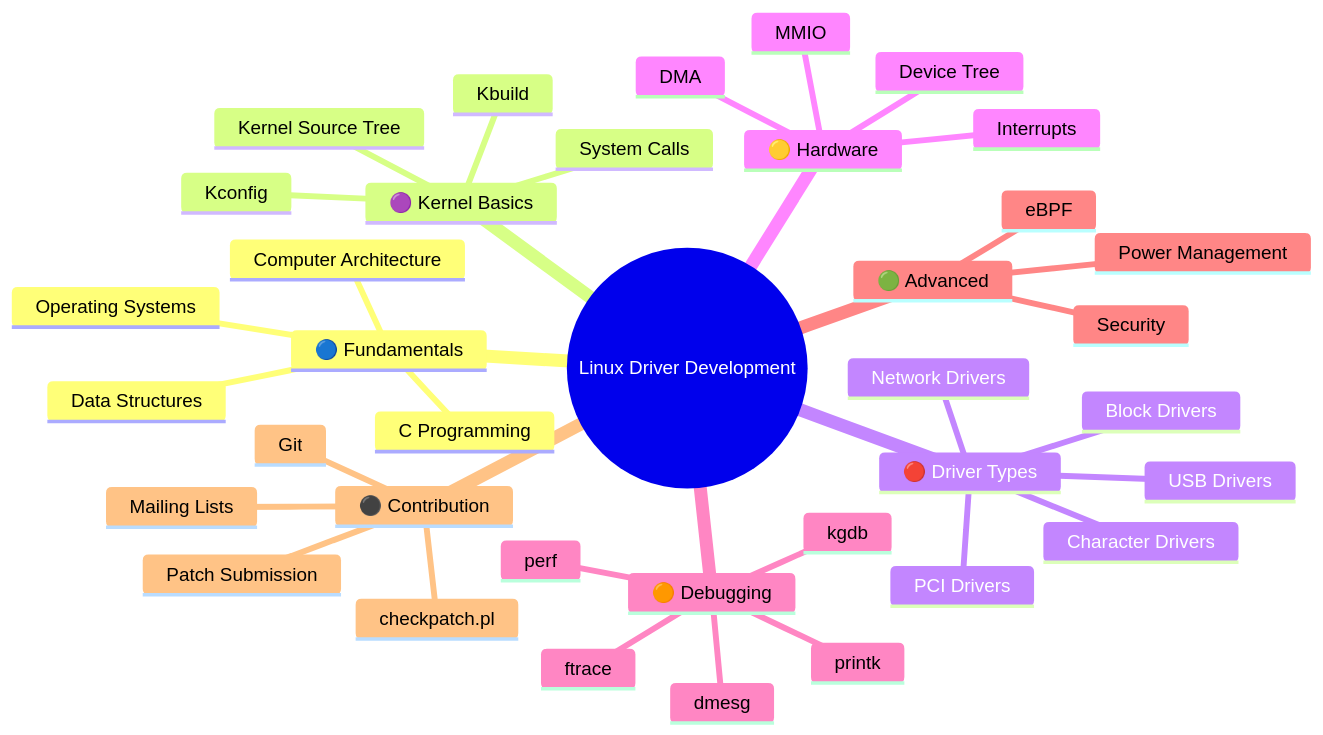
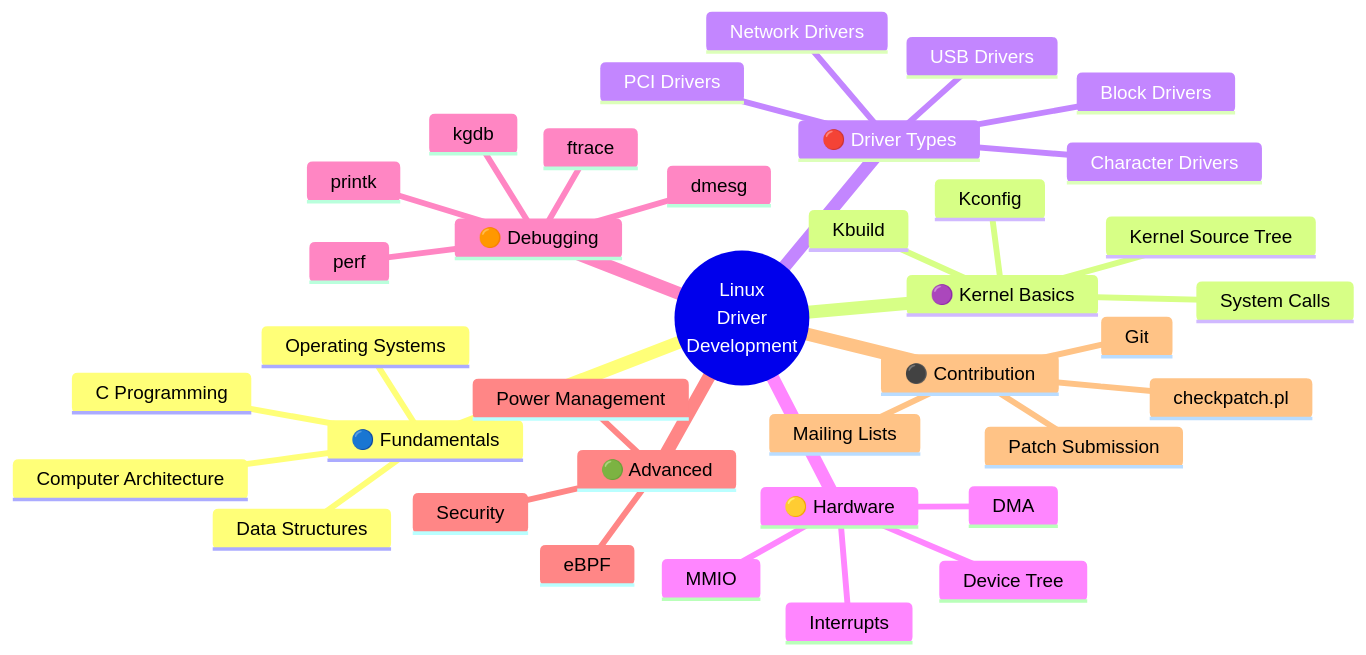
One commit to cybersecurity-dev/linux-driver-development-toolkit changed the third of 3 diagrams in README.md. Above: the diagram before and after it, drawn with Mermaid. The commit also changed other lines of this file, not shown here.

Commit message:
++added flowchart

````diff
--- a/README.md
+++ b/README.md
@@ -24,47 +204,47 @@
 ```mermaid
 mindmap
-  root((Linux Driver Development))
+  root((Linux<br/>Driver<br/>Development))
 
     🔵 Fundamentals
       C Programming
       Data Structures
       Computer Architecture
       Operating Systems
 
     🟣 Kernel Basics
       Kernel Source Tree
       Kbuild
       Kconfig
       System Calls
 
     🔴 Driver Types
       Character Drivers
       Block Drivers
       Network Drivers
       USB Drivers
       PCI Drivers
 
     🟡 Hardware
       Interrupts
       DMA
       MMIO
       Device Tree
 
     🟠 Debugging
       printk
       dmesg
       ftrace
       kgdb
       perf
 
     🟢 Advanced
       Power Management
       Security
       eBPF
 
     ⚫ Contribution
       Git
       checkpatch.pl
       Patch Submission
       Mailing Lists
 ```
````
